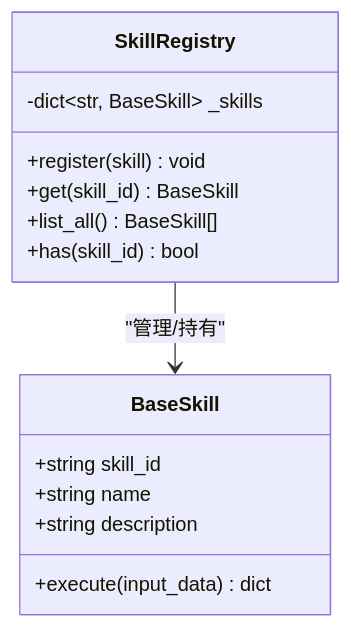
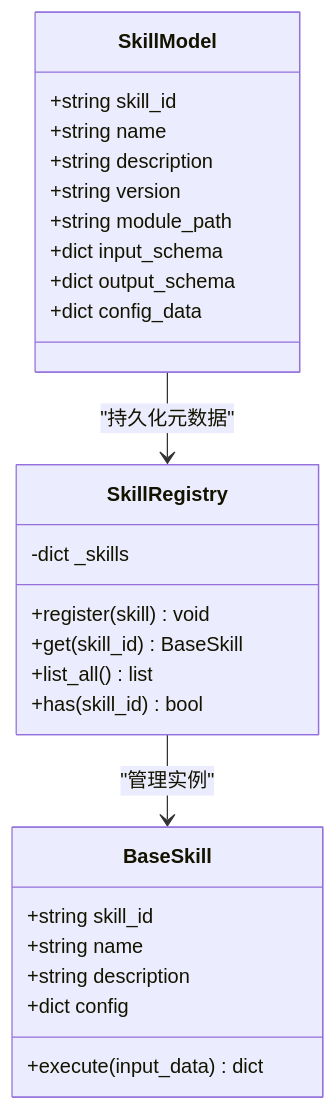
One commit to sansansansansan2022-web/hotclaw changed the third of 4 diagrams in .qoder/repowiki/zh/content/技能系统/内置技能实现/摘要技能.md. Above: the diagram before and after it, drawn with Mermaid. The commit also changed other lines of this file and 288 other files, not shown here.

````diff
--- a/.qoder/repowiki/zh/content/技能系统/内置技能实现/摘要技能.md
+++ b/.qoder/repowiki/zh/content/技能系统/内置技能实现/摘要技能.md
@@ -145,17 +135,29 @@
 ```mermaid
 classDiagram
 class BaseSkill {
 +string skill_id
 +string name
 +string description
++dict config
 +execute(input_data) dict
 }
 class SkillRegistry {
--dict~str, BaseSkill~ _skills
+-dict _skills
 +register(skill) void
 +get(skill_id) BaseSkill
-+list_all() BaseSkill[]
++list_all() list
 +has(skill_id) bool
 }
-SkillRegistry --> BaseSkill : "管理/持有"
+class SkillModel {
++string skill_id
++string name
++string description
++string version
++string module_path
++dict input_schema
++dict output_schema
++dict config_data
+}
+SkillRegistry --> BaseSkill : "管理实例"
+SkillModel --> SkillRegistry : "持久化元数据"
 ```
````
